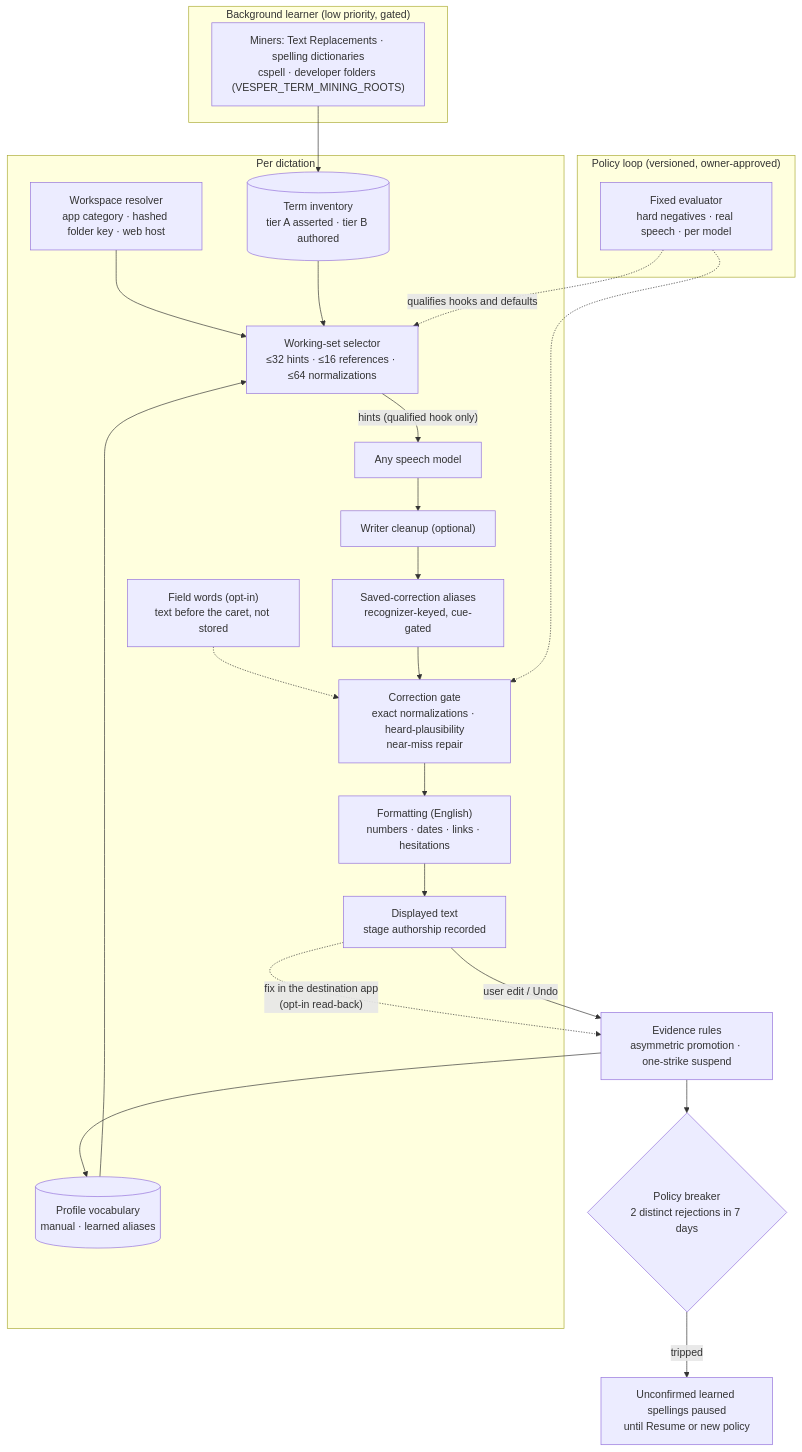
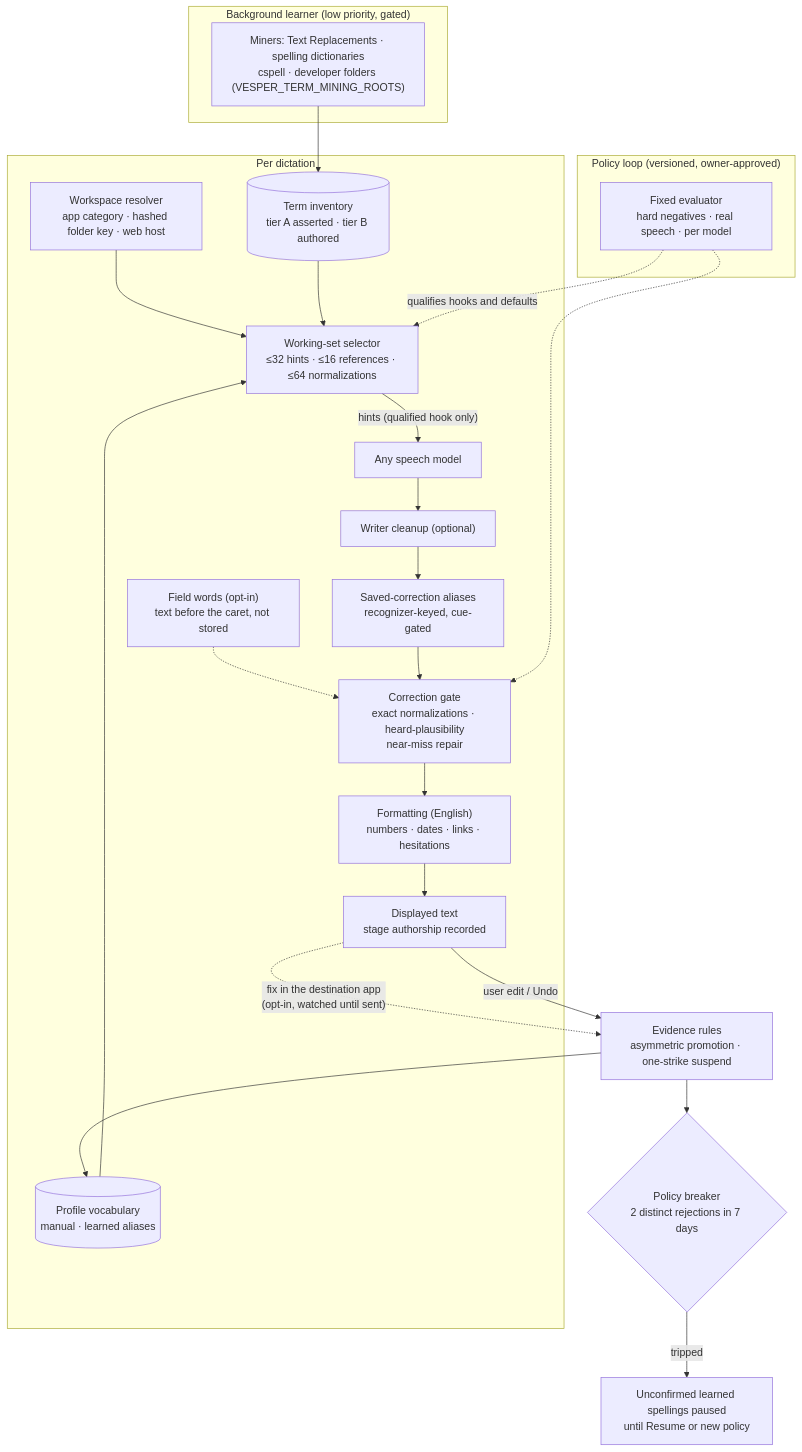
One commit to rahulsharmavishwakarma/vesper changed the diagram in docs/personalization/self-improving-system.md. Above: the diagram before and after it, drawn with Mermaid. The commit also changed 4 other files, not shown here.

First line of the commit message:
Document watching the pasted field until it is sent

````diff
--- a/docs/personalization/self-improving-system.md
+++ b/docs/personalization/self-improving-system.md
@@ -27,27 +27,27 @@
 ```mermaid
 flowchart TB
   subgraph Capture["Per dictation"]
     CR["Workspace resolver<br/>app category · hashed folder key · web host"] --> SEL
     INV[("Term inventory<br/>tier A asserted · tier B authored")] --> SEL["Working-set selector<br/>≤32 hints · ≤16 references · ≤64 normalizations"]
     VOC[("Profile vocabulary<br/>manual · learned aliases")] --> SEL
     FW["Field words (opt-in)<br/>text before the caret, not stored"] -.-> G
     SEL -->|"hints (qualified hook only)"| ASR["Any speech model"]
     ASR --> CL["Writer cleanup (optional)"]
     CL --> AL["Saved-correction aliases<br/>recognizer-keyed, cue-gated"]
     AL --> G["Correction gate<br/>exact normalizations · heard-plausibility<br/>near-miss repair"]
     G --> FMT["Formatting (English)<br/>numbers · dates · links · hesitations"]
     FMT --> OUT["Displayed text<br/>stage authorship recorded"]
   end
-  OUT -.->|"fix in the destination app<br/>(opt-in read-back)"| EV
+  OUT -.->|"fix in the destination app<br/>(opt-in, watched until sent)"| EV
   OUT -->|"user edit / Undo"| EV["Evidence rules<br/>asymmetric promotion · one-strike suspend"]
   EV --> BRK{"Policy breaker<br/>2 distinct rejections in 7 days"}
   BRK -->|tripped| PAUSE["Unconfirmed learned spellings paused<br/>until Resume or new policy"]
   EV --> VOC
   subgraph Background["Background learner (low priority, gated)"]
     MINE["Miners: Text Replacements · spelling dictionaries<br/>cspell · developer folders (VESPER_TERM_MINING_ROOTS)"] --> INV
   end
   subgraph Offline["Policy loop (versioned, owner-approved)"]
     EVAL["Fixed evaluator<br/>hard negatives · real speech · per model"] -.->|"qualifies hooks and defaults"| SEL
     EVAL -.-> G
   end
 ```
````
